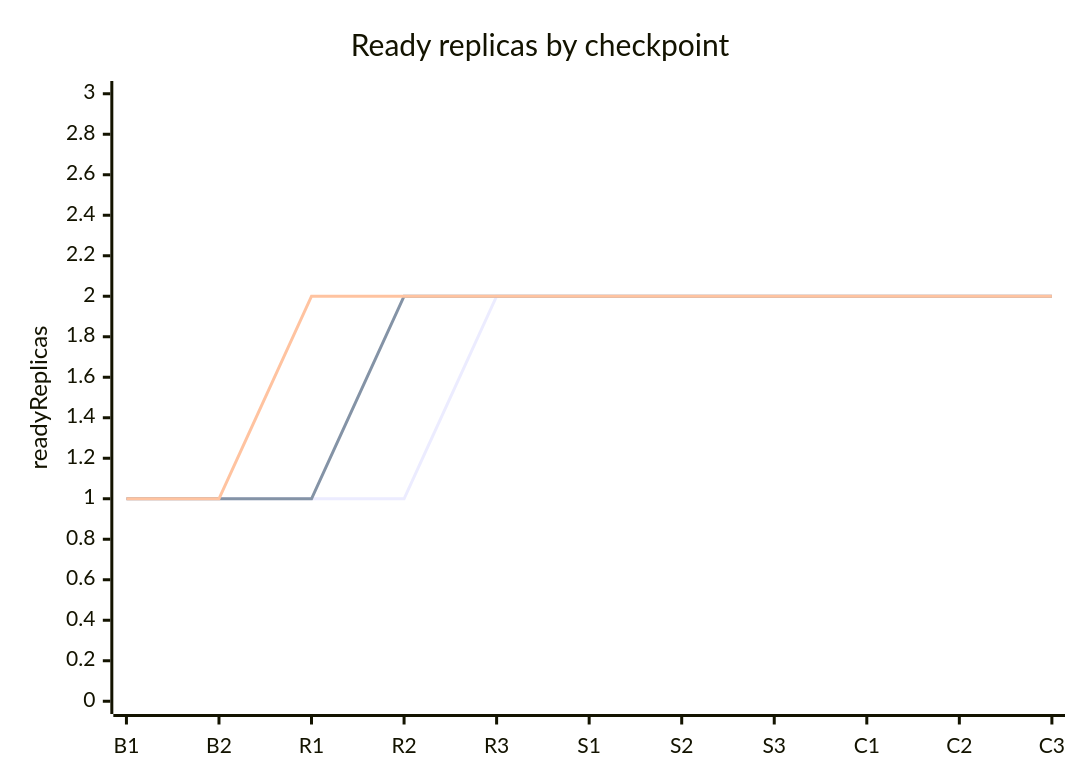
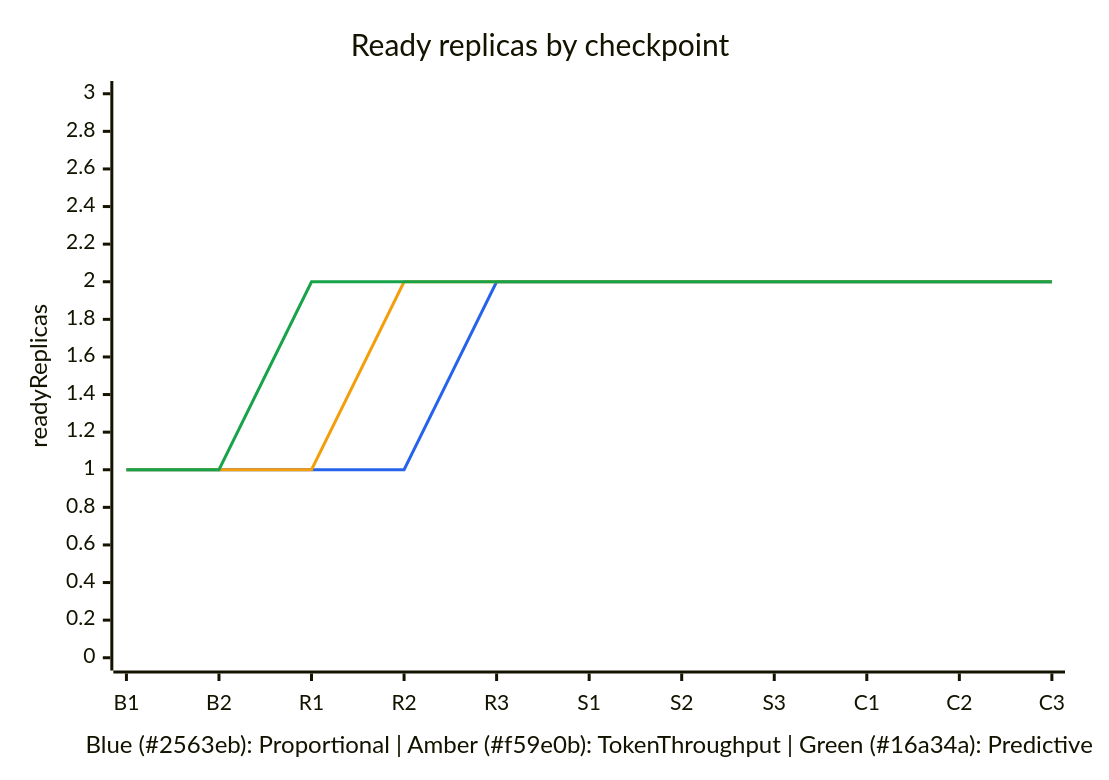
The second of 9 diagrams in docs/modules/model-deployment/scaling-benchmark.md (gpustack/gpustack-operator), drawn with Mermaid before and after one commit. The commit also changed other lines of this file, not shown here.

Commit message:
docs(scaling): add explicit plotColorPalette and color legends to xychart-beta diagrams

````diff
--- a/docs/modules/model-deployment/scaling-benchmark.md
+++ b/docs/modules/model-deployment/scaling-benchmark.md
@@ -190,9 +191,10 @@
 ```mermaid
+%%{init: {"themeVariables": {"xyChart": {"plotColorPalette": "#2563eb, #f59e0b, #16a34a"}}}}%%
 xychart-beta
     title "Ready replicas by checkpoint"
-    x-axis ["B1", "B2", "R1", "R2", "R3", "S1", "S2", "S3", "C1", "C2", "C3"]
+    x-axis "Blue (#2563eb): Proportional | Amber (#f59e0b): TokenThroughput | Green (#16a34a): Predictive" ["B1", "B2", "R1", "R2", "R3", "S1", "S2", "S3", "C1", "C2", "C3"]
     y-axis "readyReplicas" 0 --> 3
-    line [1, 1, 1, 1, 2, 2, 2, 2, 2, 2, 2]
-    line [1, 1, 1, 2, 2, 2, 2, 2, 2, 2, 2]
-    line [1, 1, 2, 2, 2, 2, 2, 2, 2, 2, 2]
+    line "Proportional" [1, 1, 1, 1, 2, 2, 2, 2, 2, 2, 2]
+    line "TokenThroughput" [1, 1, 1, 2, 2, 2, 2, 2, 2, 2, 2]
+    line "Predictive" [1, 1, 2, 2, 2, 2, 2, 2, 2, 2, 2]
 ```
````
